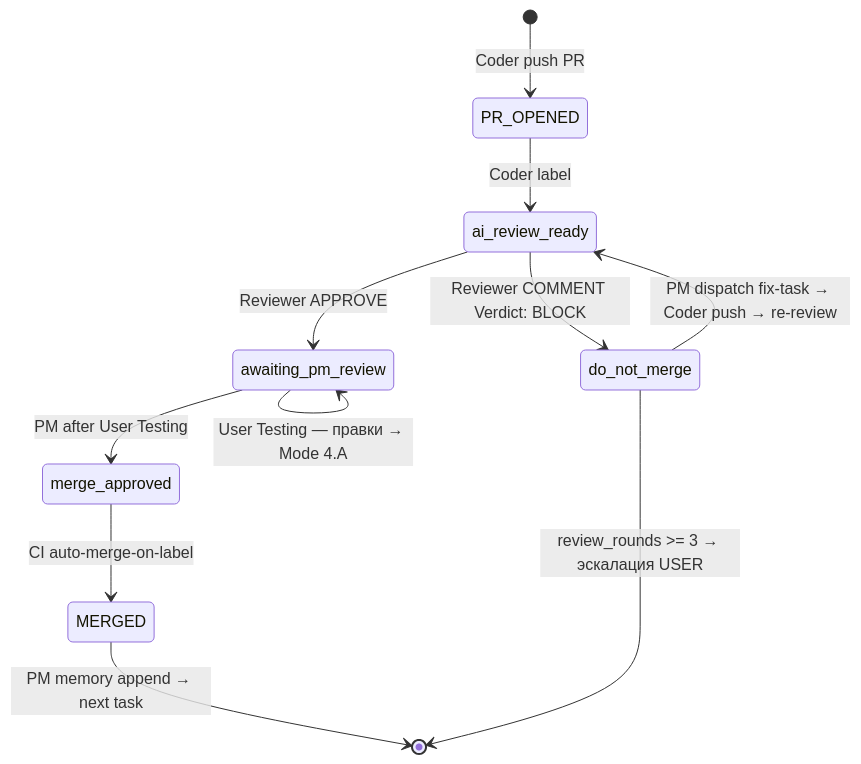
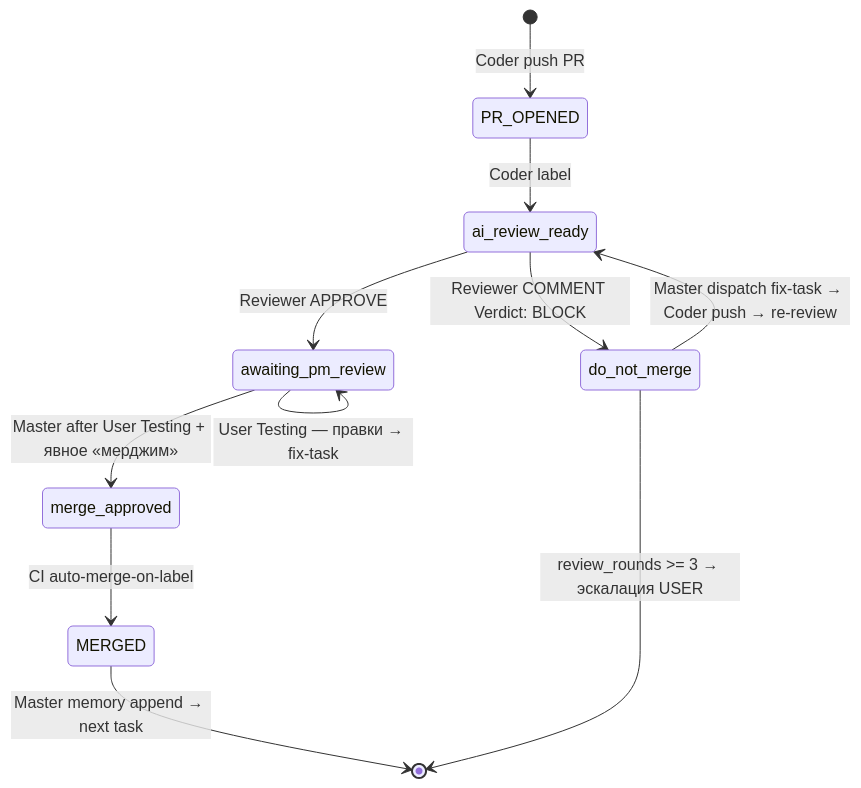
Before and after one commit to yaremenko-maksym/CheekyCheeseIT_CRM: the diagram in .claude/agents/contracts.md, drawn with Mermaid. The commit also changed other lines of this file and 46 other files, not shown here.

````diff
--- a/.claude/agents/contracts.md
+++ b/.claude/agents/contracts.md
@@ -58,13 +37,13 @@
 ```mermaid
 stateDiagram-v2
     [*] --> PR_OPENED: Coder push PR
     PR_OPENED --> ai_review_ready: Coder label
     ai_review_ready --> awaiting_pm_review: Reviewer APPROVE
     ai_review_ready --> do_not_merge: Reviewer COMMENT Verdict: BLOCK
-    do_not_merge --> ai_review_ready: PM dispatch fix-task → Coder push → re-review
-    awaiting_pm_review --> merge_approved: PM after User Testing
-    awaiting_pm_review --> awaiting_pm_review: User Testing — правки → Mode 4.A
+    do_not_merge --> ai_review_ready: Master dispatch fix-task → Coder push → re-review
+    awaiting_pm_review --> merge_approved: Master after User Testing + явное «мерджим»
+    awaiting_pm_review --> awaiting_pm_review: User Testing — правки → fix-task
     merge_approved --> MERGED: CI auto-merge-on-label
-    MERGED --> [*]: PM memory append → next task
+    MERGED --> [*]: Master memory append → next task
     do_not_merge --> [*]: review_rounds >= 3 → эскалация USER
 ```
````
